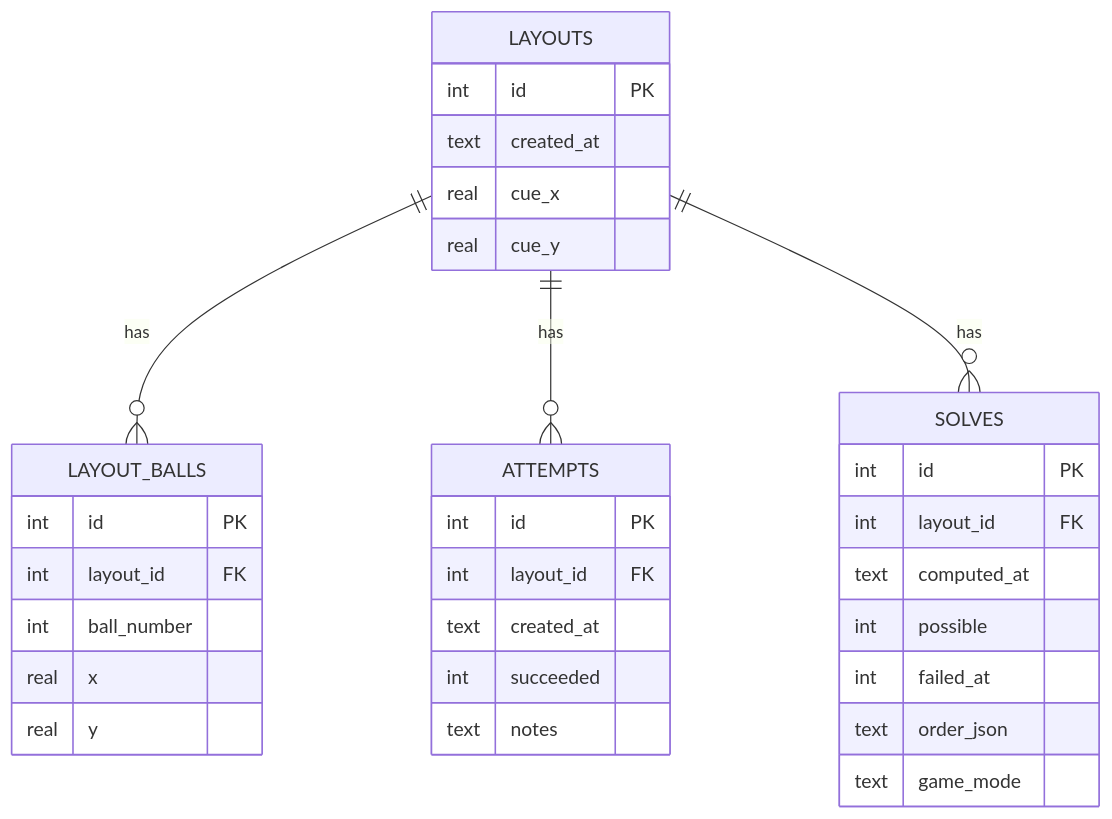
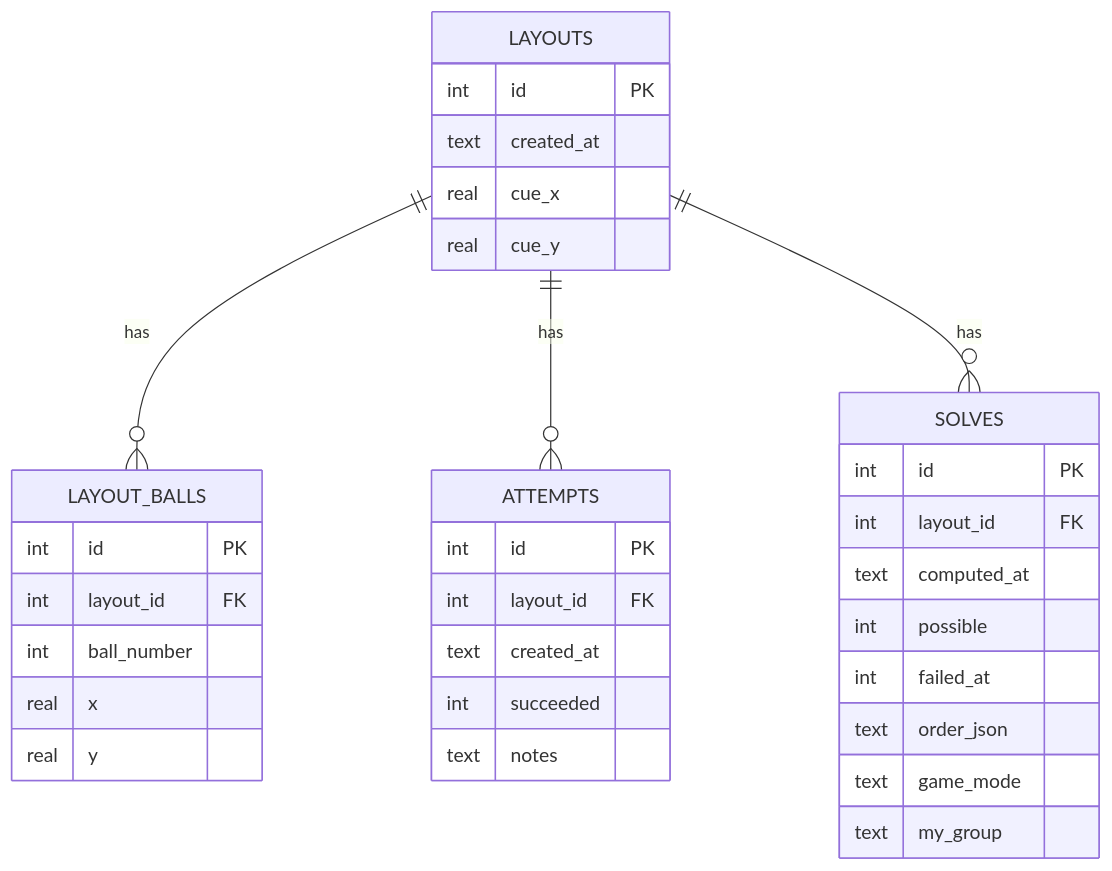
One commit to Lauragr9/pool-runout-planner changed the second of 2 diagrams in docs/diagrams.md. Above: the diagram before and after it, drawn with Mermaid. The commit also changed 11 other files, not shown here.

````diff
--- a/docs/diagrams.md
+++ b/docs/diagrams.md
@@ -38,36 +38,37 @@
 ```mermaid
 erDiagram
     LAYOUTS ||--o{ LAYOUT_BALLS : has
     LAYOUTS ||--o{ ATTEMPTS : has
     LAYOUTS ||--o{ SOLVES : has
 
     LAYOUTS {
         int id PK
         text created_at
         real cue_x
         real cue_y
     }
     LAYOUT_BALLS {
         int id PK
         int layout_id FK
         int ball_number
         real x
         real y
     }
     ATTEMPTS {
         int id PK
         int layout_id FK
         text created_at
         int succeeded
         text notes
     }
     SOLVES {
         int id PK
         int layout_id FK
         text computed_at
         int possible
         int failed_at
         text order_json
         text game_mode
+        text my_group
     }
 ```
````
